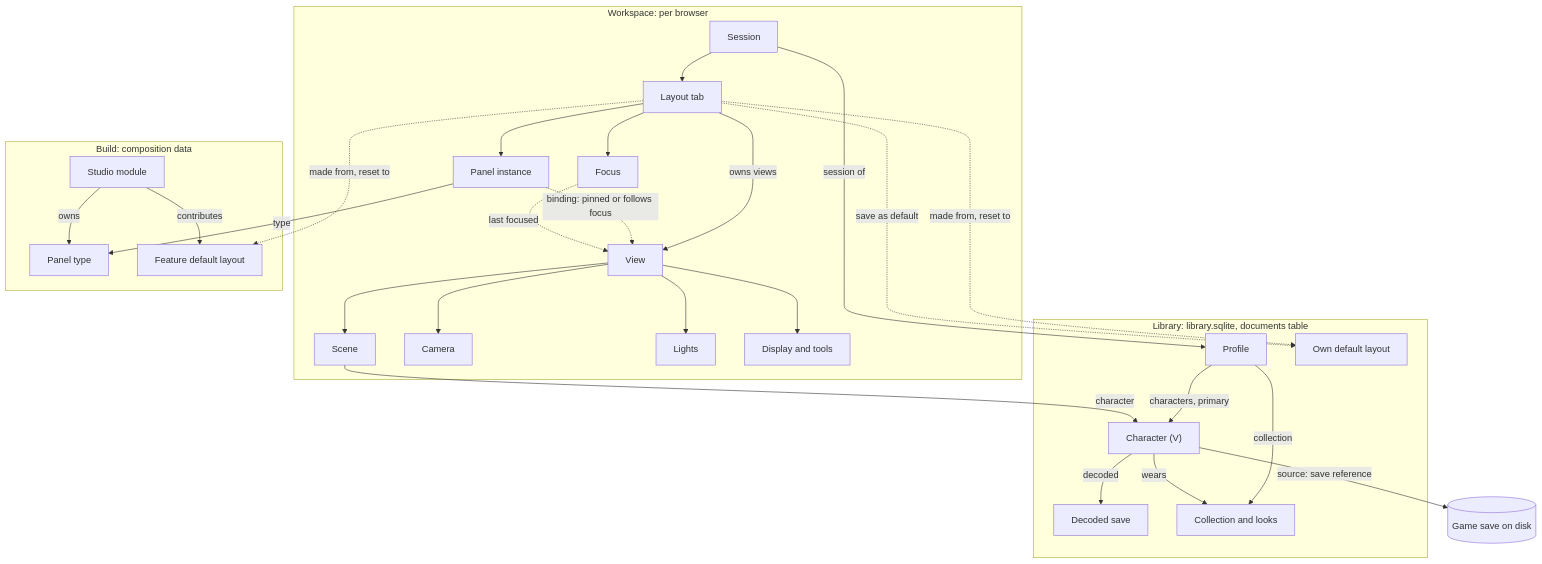
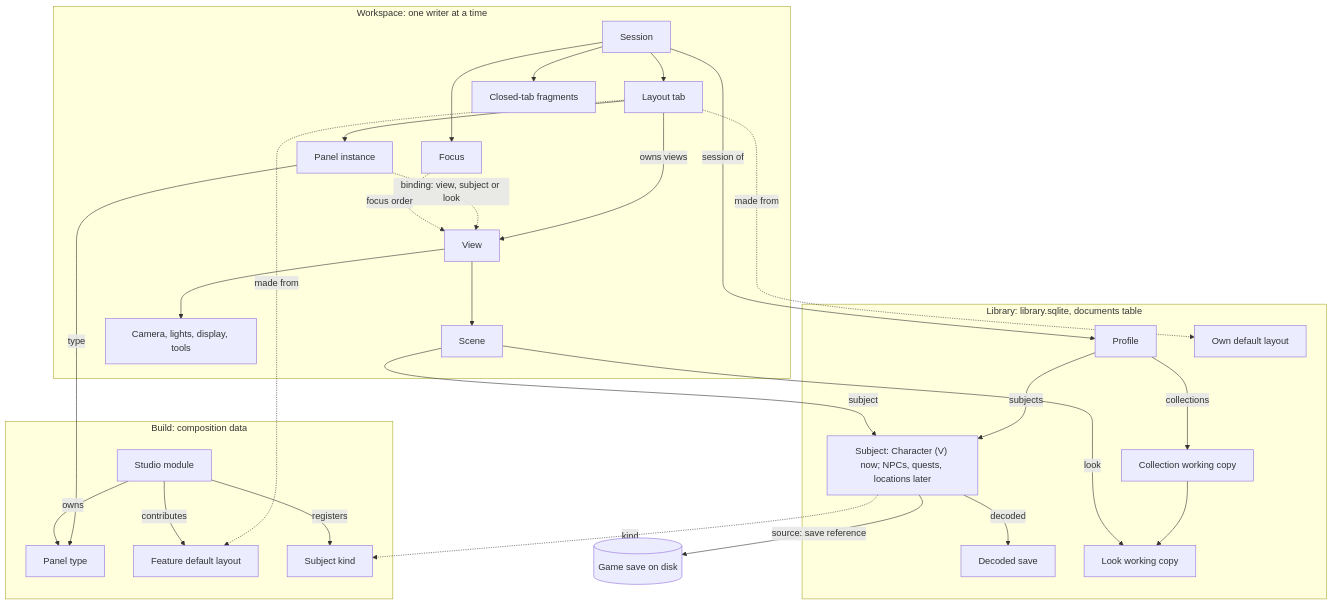
Before and after one commit to axefrog/xf-studio: the diagram in research/authoring/profiles-views-layouts-design.md, drawn with Mermaid. The commit also changed other lines of this file, not shown here.

````diff
--- a/research/authoring/profiles-views-layouts-design.md
+++ b/research/authoring/profiles-views-layouts-design.md
@@ -47,50 +82,52 @@
 ```mermaid
 flowchart TB
   subgraph LIB["Library: library.sqlite, documents table"]
     P[Profile]
-    C["Character (V)"]
+    SUB["Subject: Character (V) now; NPCs, quests, locations later"]
     SV[Decoded save]
-    COL["Collection and looks"]
+    COL["Collection working copy"]
+    LK["Look working copy"]
     UD["Own default layout"]
   end
-  subgraph WS["Workspace: per browser"]
+  subgraph WS["Workspace: one writer at a time"]
     S[Session]
     T[Layout tab]
+    CF["Closed-tab fragments"]
     PI[Panel instance]
     F[Focus]
     V[View]
     SC[Scene]
-    CAM[Camera]
-    LT[Lights]
-    DT["Display and tools"]
+    N["Camera, lights, display, tools"]
   end
   subgraph CODE["Build: composition data"]
     M[Studio module]
     PT[Panel type]
     FD["Feature default layout"]
+    SK[Subject kind]
   end
   GS[("Game save on disk")]
-  P -->|"characters, primary"| C
-  P -->|collection| COL
-  C -->|"source: save reference"| GS
-  C -->|decoded| SV
-  C -->|wears| COL
+  P -->|subjects| SUB
+  P -->|collections| COL
+  COL --> LK
+  SUB -->|"source: save reference"| GS
+  SUB -->|decoded| SV
+  SUB -.->|kind| SK
   S -->|"session of"| P
   S --> T
+  S --> CF
+  S --> F
   T --> PI
-  T --> F
   T -->|"owns views"| V
-  T -.->|"made from, reset to"| FD
-  T -.->|"made from, reset to"| UD
-  T -.->|"save as default"| UD
+  T -.->|"made from"| FD
+  T -.->|"made from"| UD
   PI -->|type| PT
-  PI -.->|"binding: pinned or follows focus"| V
-  F -.->|"last focused"| V
+  PI -.->|"binding: view, subject or look"| V
+  F -.->|"focus order"| V
   V --> SC
-  V --> CAM
-  V --> LT
-  V --> DT
-  SC -->|character| C
+  V --> N
+  SC -->|subject| SUB
+  SC -->|look| LK
   M -->|owns| PT
   M -->|contributes| FD
+  M -->|registers| SK
 ```
````
